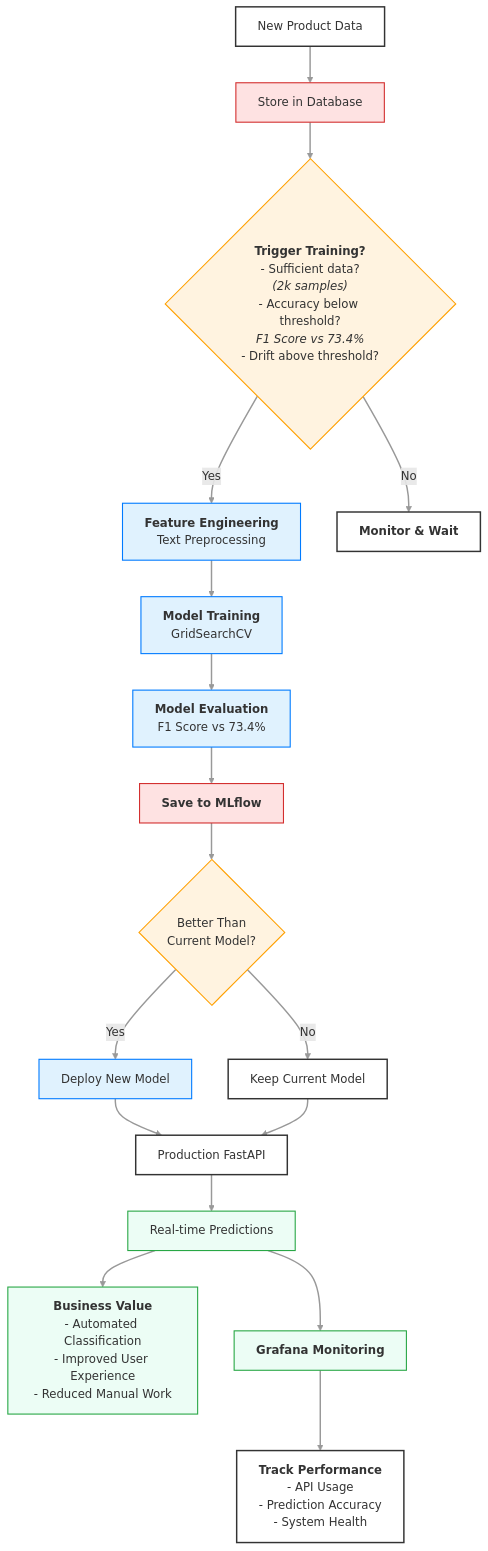
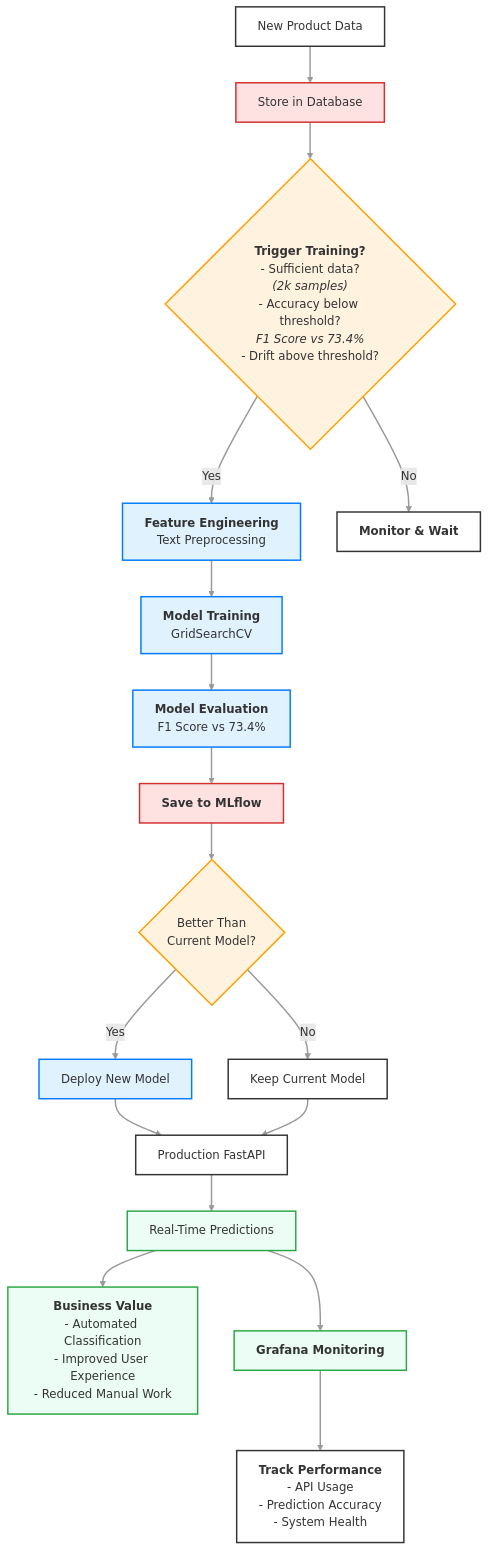
The diagram in containers/rakuten_st/flowcharts/retraining.mermaid (Pockyee/rakuten_project), drawn with Mermaid before and after one commit. The commit also changed 1 other file, not shown here.

Commit message:
refactor: align syntax, formatting and style across Mermaid flowcharts

```diff
--- a/containers/rakuten_st/flowcharts/retraining.mermaid
+++ b/containers/rakuten_st/flowcharts/retraining.mermaid
@@ -1,115 +1,115 @@
 graph TD
 
     %% RETRAINING NODES
 
     %% Data Ingestion [DI]
     Start[New Product Data]
     DataStorage[Store in Database]
     
     %% DI EDGE
     Start --> DataStorage
 
     
     %% Immediate Training Decision [ITD]
     TrainingTrigger{"`**Trigger Training?**
     - Sufficient data?
     _(2k samples)_
     - Accuracy below threshold?
     _F1 Score vs 73.4%_
     - Drift above threshold?`"}
 
     FeatureEngineering["`**Feature Engineering**
     Text Preprocessing`"]
 
     WaitingState["`**Monitor & Wait**`"]
 
     %% ITD EDGES
     DataStorage --> TrainingTrigger
     TrainingTrigger -- "Yes" --> FeatureEngineering
     TrainingTrigger -- "No" --> WaitingState
 
 
     %% Model Development Cycle [MDC]
 
     ModelTraining["`**Model Training**
     GridSearchCV`"]
 
     ModelEvaluation["`**Model Evaluation**
     F1 Score vs 73.4%`"]
     
     ModelRegistry["`**Save to MLflow**`"]
 
     %% MDC EDGES
     FeatureEngineering --> ModelTraining
     ModelTraining --> ModelEvaluation
     ModelEvaluation --> ModelRegistry
 
 
     %% Deployment Decision [DD]
     
     DeploymentDecision{"Better Than
     Current Model?"}
     
     ModelDeployment["Deploy New Model"]
     
     KeepCurrent["Keep Current Model"]
 
     %% DD EDGES
     ModelRegistry --> DeploymentDecision
     DeploymentDecision -- "Yes" --> ModelDeployment
     DeploymentDecision -- "No" --> KeepCurrent
 
 
     %% REAL-TIME SERVING [RTS]
     ProductionAPI["Production FastAPI"]
-    RealTimePredictions["Real-time Predictions"]
+    RealTimePredictions["Real-Time Predictions"]
 
     %% RTS EDGES
     ModelDeployment --> ProductionAPI
     KeepCurrent --> ProductionAPI
     ProductionAPI --> RealTimePredictions
 
 
     %% Business Value [BV]
     BusinessValue["`**Business Value**
     - Automated Classification
     - Improved User Experience
     - Reduced Manual Work`"]
     
     %% BV EDGE
     RealTimePredictions --> BusinessValue
 
 
     %% Monitoring and Triggering [MaT]
 
     MonitoringDashboard["`**Grafana Monitoring**`"]
 
     PerformanceMetrics["`**Track Performance**
     - API Usage
     - Prediction Accuracy
     - System Health`"]
 
 
     %% MaT EDGES
     RealTimePredictions --> MonitoringDashboard
     MonitoringDashboard --> PerformanceMetrics
 
 
     %% STYLING
     %% Apply default styles to ALL nodes
     classDef default fill:#FFF,stroke:#333,stroke-width:2px;
 
     %% Apply default styles to ALL edges
     linkStyle default stroke:#999,stroke-width:2px,fill:none;
 
     %% Node-specific styling
-    classDef process fill:#E0F2FE,stroke:#007BFF,stroke-width:1.5px;
-    classDef decision fill:#FFF3E0,stroke:#FFA000,stroke-width:1.5px;
-    classDef storage fill:#FEE2E2,stroke:#D32F2F,stroke-width:1.5px;
-    classDef value fill:#ECFDF5,stroke:#28A745,stroke-width:1.5px;
+    classDef process fill:#E0F2FE,stroke:#007BFF,stroke-width:2px;
+    classDef decision fill:#FFF3E0,stroke:#FFA000,stroke-width:2px;
+    classDef storage fill:#FEE2E2,stroke:#D32F2F,stroke-width:2px;
+    classDef value fill:#ECFDF5,stroke:#28A745,stroke-width:2px;
 
     %% Applying classes to specific nodes (grouping for readability)
     class FeatureEngineering,ModelTraining,ModelEvaluation,ModelDeployment process; 
     class TrainingTrigger,DeploymentDecision decision; 
     class DataStorage,ModelRegistry storage; 
     class BusinessValue,RealTimePredictions,MonitoringDashboard value; 
```
